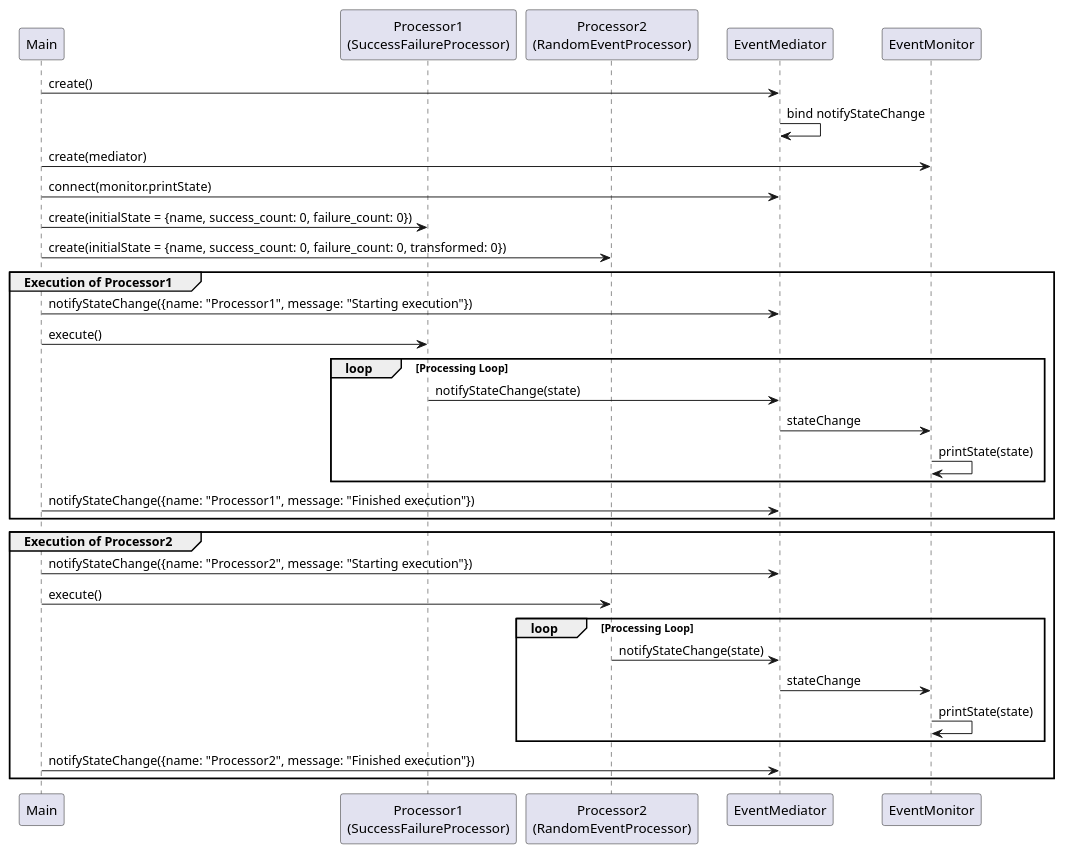
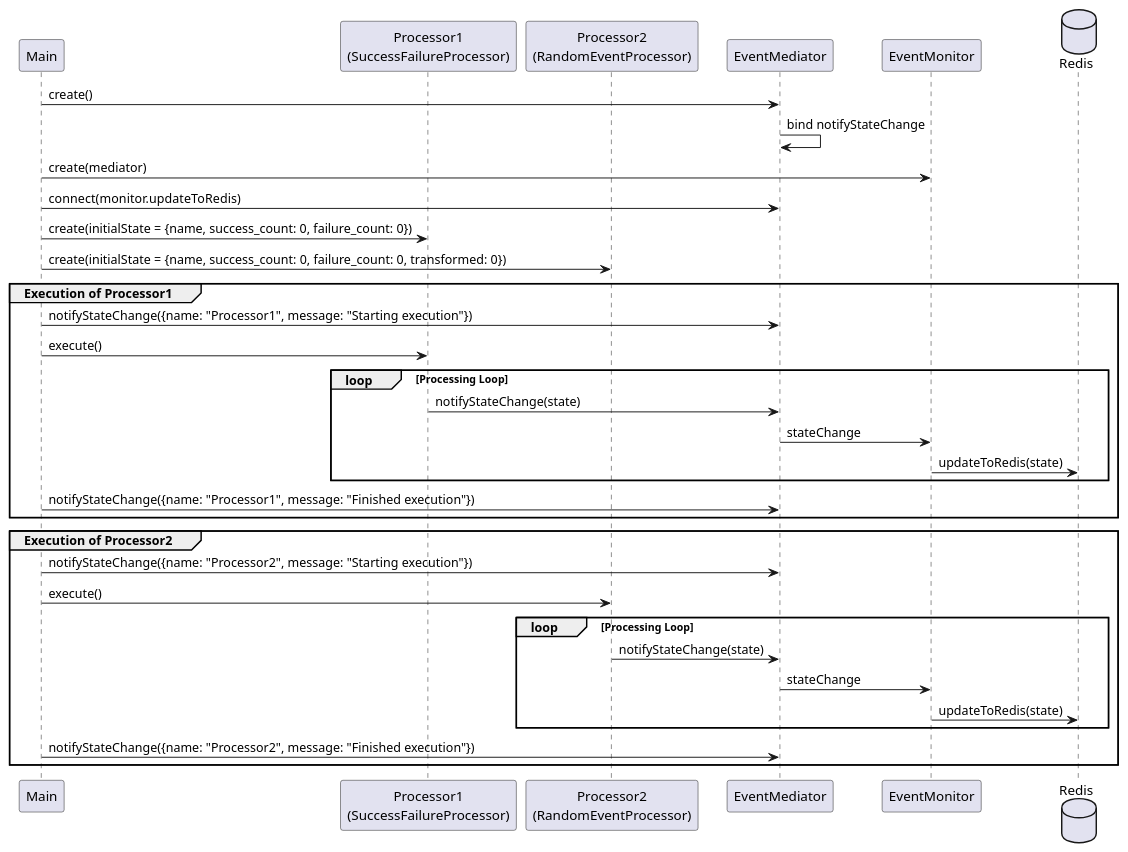
The diagram in design.puml (fstarsinic/whiteboard), drawn with PlantUML before and after one commit.

```diff
--- a/design.puml
+++ b/design.puml
@@ -1,39 +1,40 @@
 @startuml
 
 participant Main
 participant SuccessFailureProcessor as "Processor1\n(SuccessFailureProcessor)"
 participant RandomEventProcessor as "Processor2\n(RandomEventProcessor)"
 participant EventMediator
 participant EventMonitor
+database Redis
 
 Main -> EventMediator : create()
 EventMediator -> EventMediator : bind notifyStateChange
 Main -> EventMonitor : create(mediator)
-Main -> EventMediator : connect(monitor.printState)
+Main -> EventMediator : connect(monitor.updateToRedis)
 
 Main -> SuccessFailureProcessor : create(initialState = {name, success_count: 0, failure_count: 0})
 Main -> RandomEventProcessor : create(initialState = {name, success_count: 0, failure_count: 0, transformed: 0})
 
 group Execution of Processor1
     Main -> EventMediator : notifyStateChange({name: "Processor1", message: "Starting execution"})
     Main -> SuccessFailureProcessor : execute()
     loop Processing Loop
         SuccessFailureProcessor -> EventMediator : notifyStateChange(state)
         EventMediator -> EventMonitor : stateChange
-        EventMonitor -> EventMonitor : printState(state)
+        EventMonitor -> Redis : updateToRedis(state)
     end
     Main -> EventMediator : notifyStateChange({name: "Processor1", message: "Finished execution"})
 end
 
 group Execution of Processor2
     Main -> EventMediator : notifyStateChange({name: "Processor2", message: "Starting execution"})
     Main -> RandomEventProcessor : execute()
     loop Processing Loop
         RandomEventProcessor -> EventMediator : notifyStateChange(state)
         EventMediator -> EventMonitor : stateChange
-        EventMonitor -> EventMonitor : printState(state)
+        EventMonitor -> Redis : updateToRedis(state)
     end
     Main -> EventMediator : notifyStateChange({name: "Processor2", message: "Finished execution"})
 end
 
 @enduml
```
